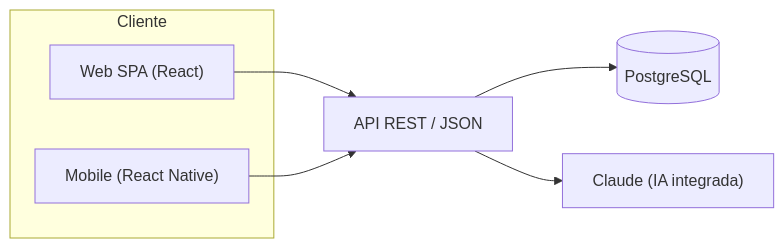
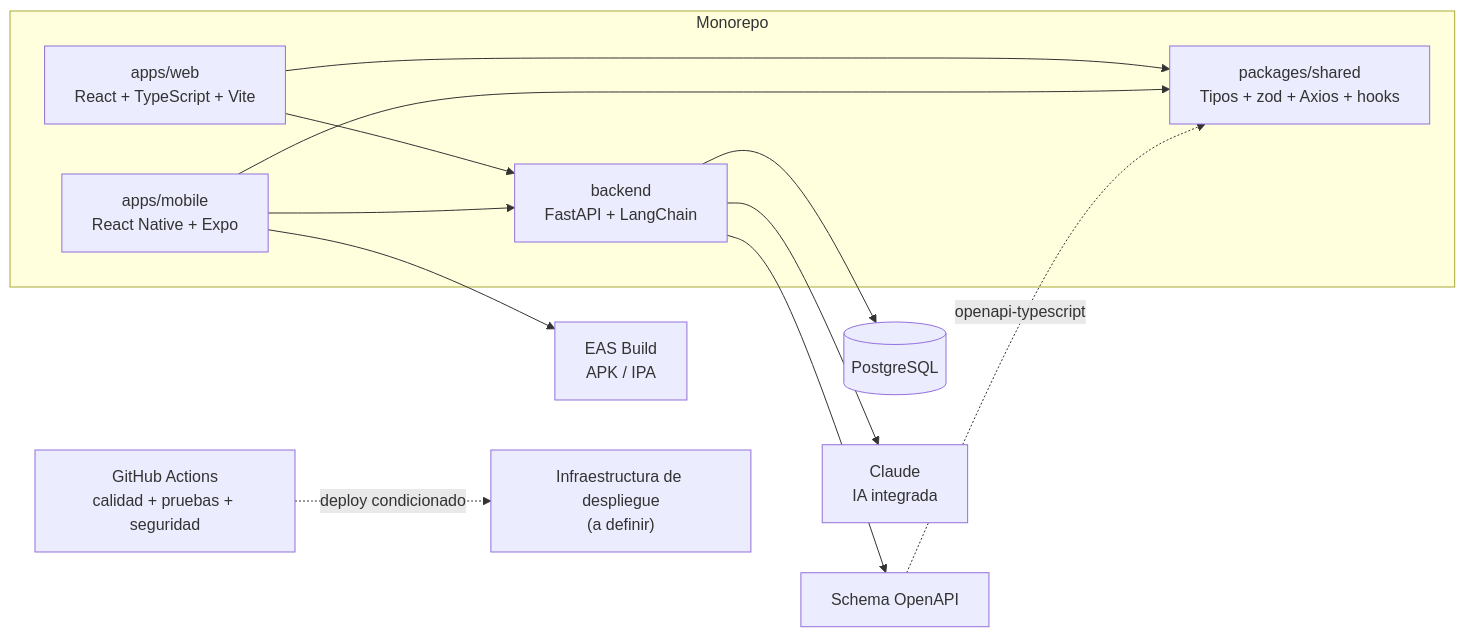
Before and after one commit to FranLuciano04/Vault-Rumbo: the diagram in 05-Diseño/Arquitectura/ARQ — Vista general.md, drawn with Mermaid. The commit also changed other lines of this file and 3 other files, not shown here.

````diff
--- a/05-Diseño/Arquitectura/ARQ — Vista general.md
+++ b/05-Diseño/Arquitectura/ARQ — Vista general.md
@@ -16,14 +16,26 @@
 ```mermaid
 flowchart LR
-    subgraph Cliente
-      Web["Web SPA (React)"]
-      Mobile["Mobile (React Native)"]
+    subgraph Monorepo
+      Web["apps/web<br/>React + TypeScript + Vite"]
+      Mobile["apps/mobile<br/>React Native + Expo"]
+      Shared["packages/shared<br/>Tipos + zod + Axios + hooks"]
+      API["backend<br/>FastAPI + LangChain"]
     end
-    API["API REST / JSON"]
     DB[("PostgreSQL")]
-    IA["Claude (IA integrada)"]
+    Claude["Claude<br/>IA integrada"]
+    OpenAPI["Schema OpenAPI"]
+    EAS["EAS Build<br/>APK / IPA"]
+    CI["GitHub Actions<br/>calidad + pruebas + seguridad"]
+    Deploy["Infraestructura de despliegue<br/>(a definir)"]
+
+    Web --> Shared
+    Mobile --> Shared
     Web --> API
     Mobile --> API
     API --> DB
-    API --> IA
+    API --> Claude
+    API --> OpenAPI
+    OpenAPI -. openapi-typescript .-> Shared
+    Mobile --> EAS
+    CI -. deploy condicionado .-> Deploy
 ```
````
